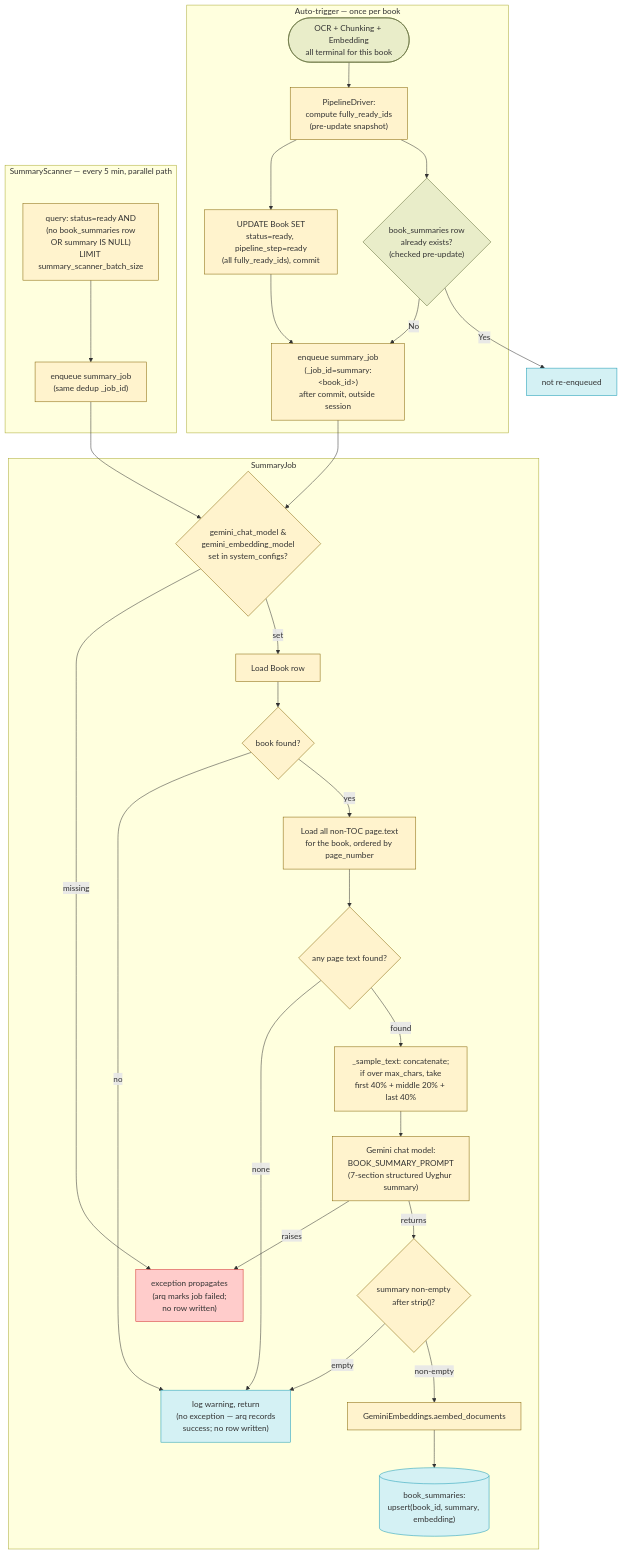
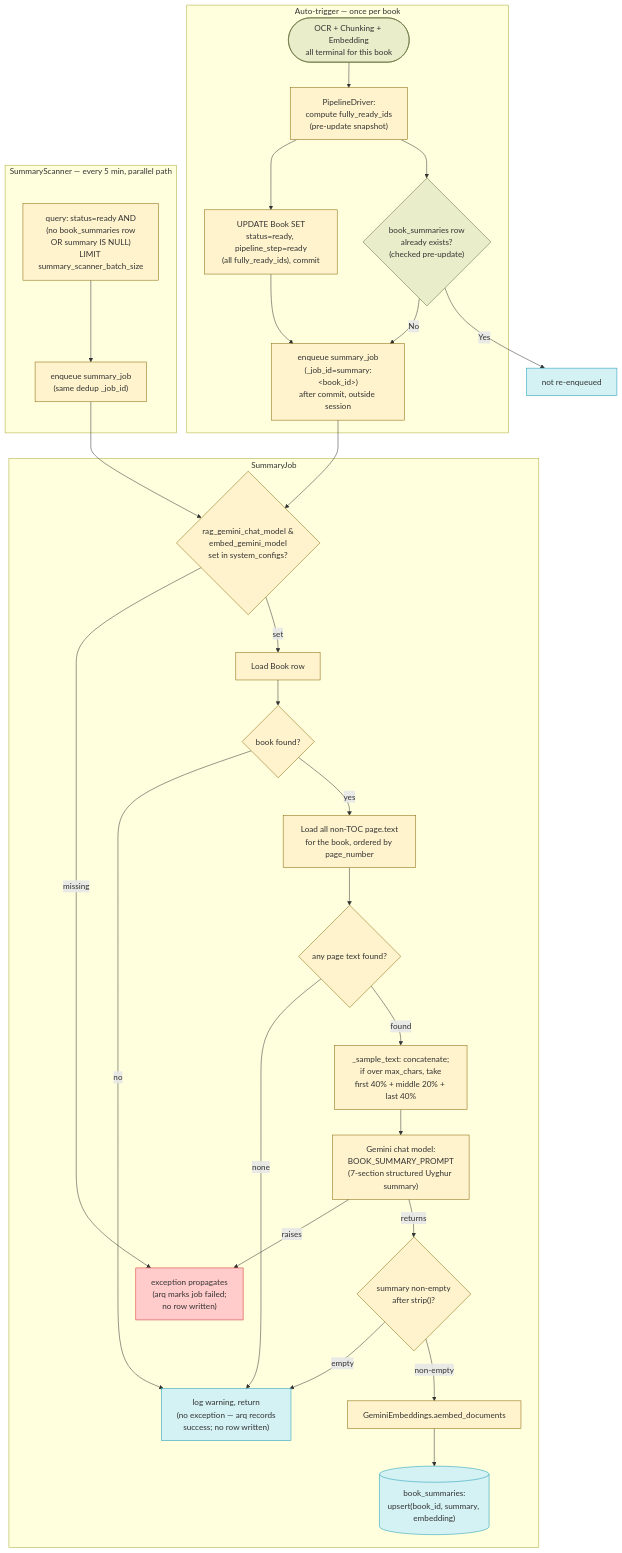
One commit to Kitabim-AI/kitabim-ai changed the diagram in docs/main/SUMMARY_DESIGN.md. Above: the diagram before and after it, drawn with Mermaid. The commit also changed other lines of this file and 67 other files, not shown here.

Commit message:
refactor: rename history extraction and embedding system configuration keys for consistency

````diff
--- a/docs/main/SUMMARY_DESIGN.md
+++ b/docs/main/SUMMARY_DESIGN.md
@@ -42,61 +42,61 @@
 ```mermaid
 flowchart TD
     subgraph AutoTrigger ["Auto-trigger — once per book"]
         MANDATORY(["OCR + Chunking + Embedding<br/>all terminal for this book"])
         CANDIDATE["PipelineDriver:<br/>compute fully_ready_ids<br/>(pre-update snapshot)"]
         NOSUM{"book_summaries row<br/>already exists?<br/>(checked pre-update)"}
         UPDATE["UPDATE Book SET<br/>status=ready, pipeline_step=ready<br/>(all fully_ready_ids), commit"]
         ENQ1["enqueue summary_job<br/>(_job_id=summary:&lt;book_id&gt;)<br/>after commit, outside session"]
     end
 
     subgraph Backfill ["SummaryScanner — every 5 min, parallel path"]
         SCAN["query: status=ready AND<br/>(no book_summaries row<br/>OR summary IS NULL)<br/>LIMIT summary_scanner_batch_size"]
         ENQ2["enqueue summary_job<br/>(same dedup _job_id)"]
     end
 
     subgraph SummaryJobFlow ["SummaryJob"]
-        CONFIG{"gemini_chat_model &<br/>gemini_embedding_model<br/>set in system_configs?"}
+        CONFIG{"rag_gemini_chat_model &<br/>embed_gemini_model<br/>set in system_configs?"}
         LOADBOOK["Load Book row"]
         NOBOOK{"book found?"}
         LOAD["Load all non-TOC page.text<br/>for the book, ordered by page_number"]
         NOPAGES{"any page text found?"}
         SAMPLE["_sample_text: concatenate;<br/>if over max_chars, take<br/>first 40% + middle 20% + last 40%"]
         LLM["Gemini chat model:<br/>BOOK_SUMMARY_PROMPT<br/>(7-section structured Uyghur summary)"]
         EMPTYCHK{"summary non-empty<br/>after strip()?"}
         EMBED["GeminiEmbeddings.aembed_documents"]
         UPSERT[("book_summaries:<br/>upsert(book_id, summary, embedding)")]
         NOROW["log warning, return<br/>(no exception — arq records<br/>success; no row written)"]
         EXC["exception propagates<br/>(arq marks job failed;<br/>no row written)"]
     end
 
     MANDATORY --> CANDIDATE
     CANDIDATE --> UPDATE
     CANDIDATE --> NOSUM
     NOSUM -- No --> ENQ1
     NOSUM -- Yes --> NOOP1["not re-enqueued"]
     UPDATE --> ENQ1
     ENQ1 --> CONFIG
 
     SCAN --> ENQ2 --> CONFIG
 
     CONFIG -- missing --> EXC
     CONFIG -- set --> LOADBOOK --> NOBOOK
     NOBOOK -- no --> NOROW
     NOBOOK -- yes --> LOAD --> NOPAGES
     NOPAGES -- none --> NOROW
     NOPAGES -- found --> SAMPLE --> LLM
     LLM -->|raises| EXC
     LLM -->|returns| EMPTYCHK
     EMPTYCHK -- empty --> NOROW
     EMPTYCHK -- non-empty --> EMBED --> UPSERT
 
     classDef idle fill:#e9edc9,stroke:#606c38
     classDef active fill:#fff3cd,stroke:#856404
     classDef done fill:#d4f1f4,stroke:#189ab4
     classDef fail fill:#ffcccb,stroke:#d32f2f
 
     class MANDATORY,NOSUM idle
     class CANDIDATE,UPDATE,ENQ1,SCAN,ENQ2,CONFIG,LOADBOOK,NOBOOK,LOAD,NOPAGES,SAMPLE,LLM,EMPTYCHK,EMBED active
     class UPSERT,NOOP1,NOROW done
     class EXC fail
 ```
````
